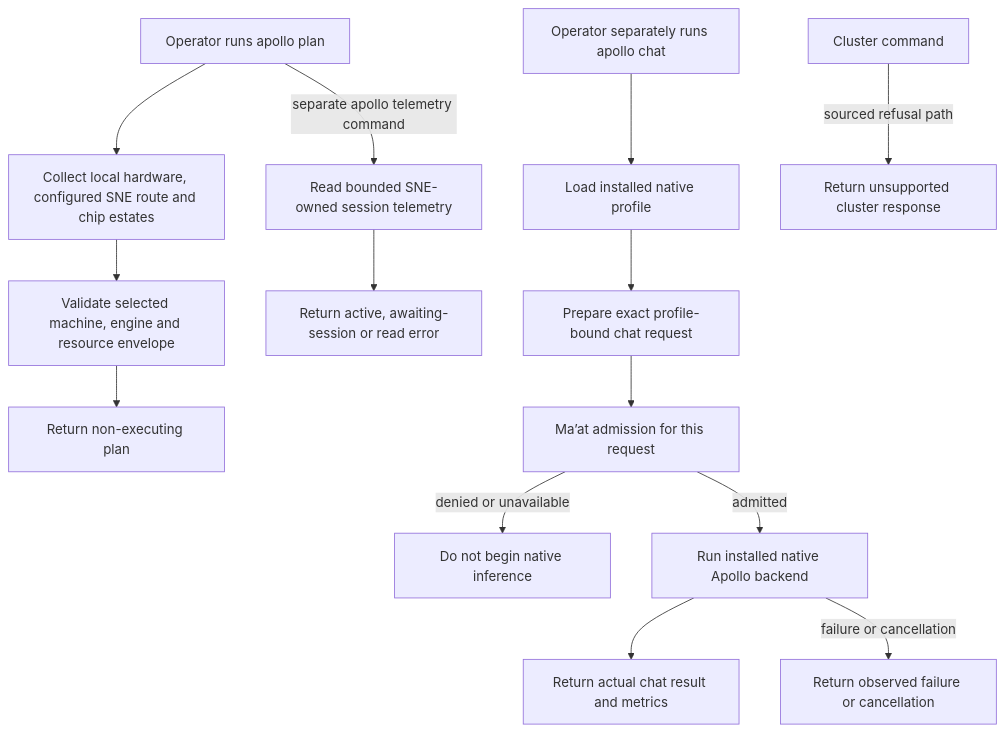
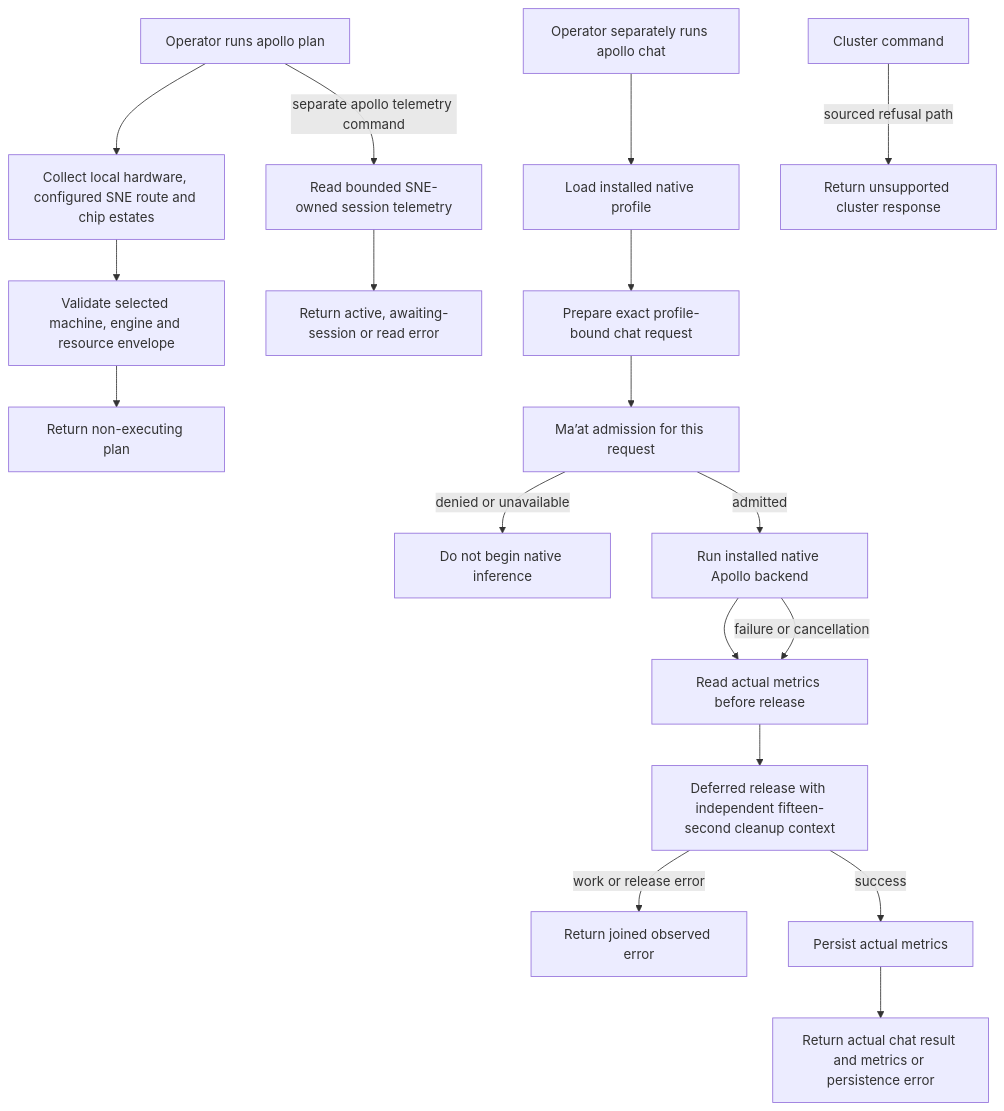
One commit to SirsiMaster/sirsi-pantheon changed the third of 45 diagrams in docs/stacklab/pantheon-pt/canon/DIAGRAMS_PRODUCT_OPERATIONS.md. Above: the diagram before and after it, drawn with Mermaid. The commit also changed other lines of this file, not shown here.

````diff
--- a/docs/stacklab/pantheon-pt/canon/DIAGRAMS_PRODUCT_OPERATIONS.md
+++ b/docs/stacklab/pantheon-pt/canon/DIAGRAMS_PRODUCT_OPERATIONS.md
@@ -110,16 +110,20 @@
 ```mermaid
 flowchart TD
   OP[Operator runs apollo plan] --> COLLECT[Collect local hardware, configured SNE route and chip estates]
   COLLECT --> BUILD[Validate selected machine, engine and resource envelope]
   BUILD --> PLAN[Return non-executing plan]
   OP -->|separate apollo telemetry command| READ[Read bounded SNE-owned session telemetry]
   READ --> TELEMETRY[Return active, awaiting-session or read error]
   CHAT[Operator separately runs apollo chat] --> PROFILE[Load installed native profile]
   PROFILE --> PREP[Prepare exact profile-bound chat request]
   PREP --> ADMIT[Ma’at admission for this request]
   ADMIT -->|denied or unavailable| REFUSE[Do not begin native inference]
   ADMIT -->|admitted| RUN[Run installed native Apollo backend]
-  RUN --> RESULT[Return actual chat result and metrics]
-  RUN -->|failure or cancellation| FAIL[Return observed failure or cancellation]
+  RUN --> READMETRICS[Read actual metrics before release]
+  RUN -->|failure or cancellation| READMETRICS
+  READMETRICS --> RELEASE[Deferred release with independent fifteen-second cleanup context]
+  RELEASE -->|work or release error| FAIL[Return joined observed error]
+  RELEASE -->|success| PERSIST[Persist actual metrics]
+  PERSIST --> RESULT[Return actual chat result and metrics or persistence error]
   CLUSTER[Cluster command] -->|sourced refusal path| REFUSECLUSTER[Return unsupported cluster response]
 ```
````
